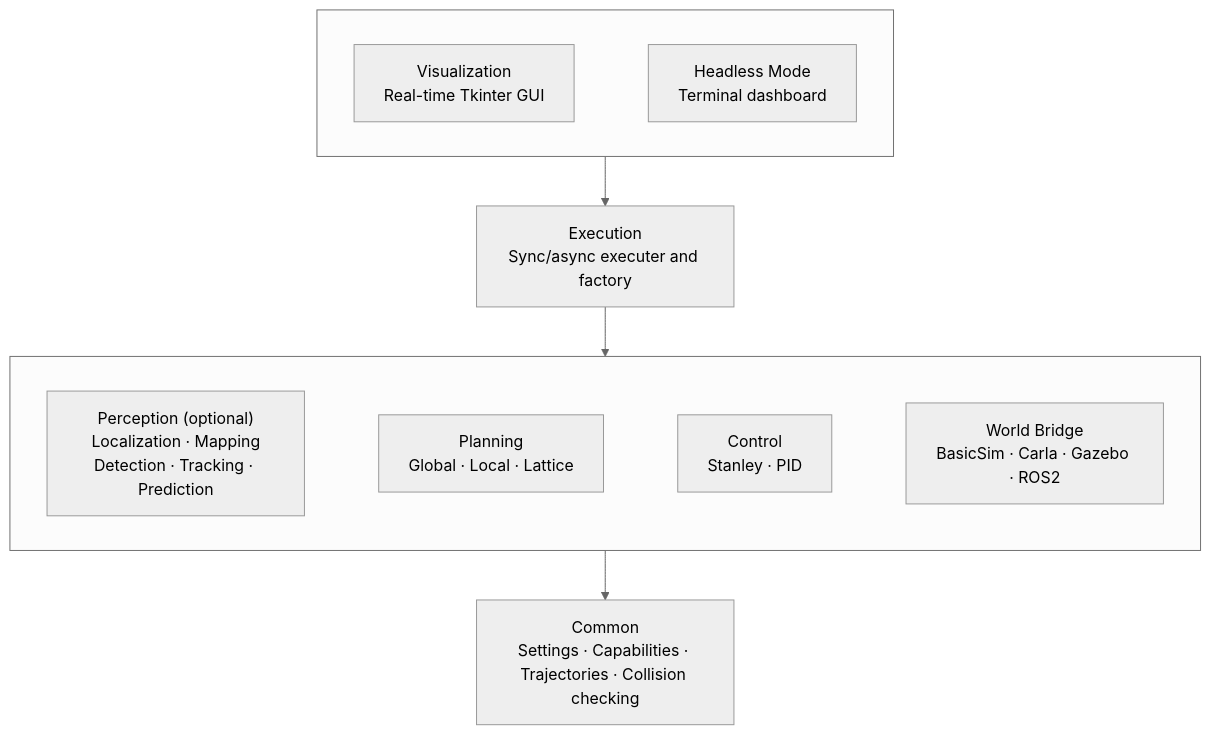
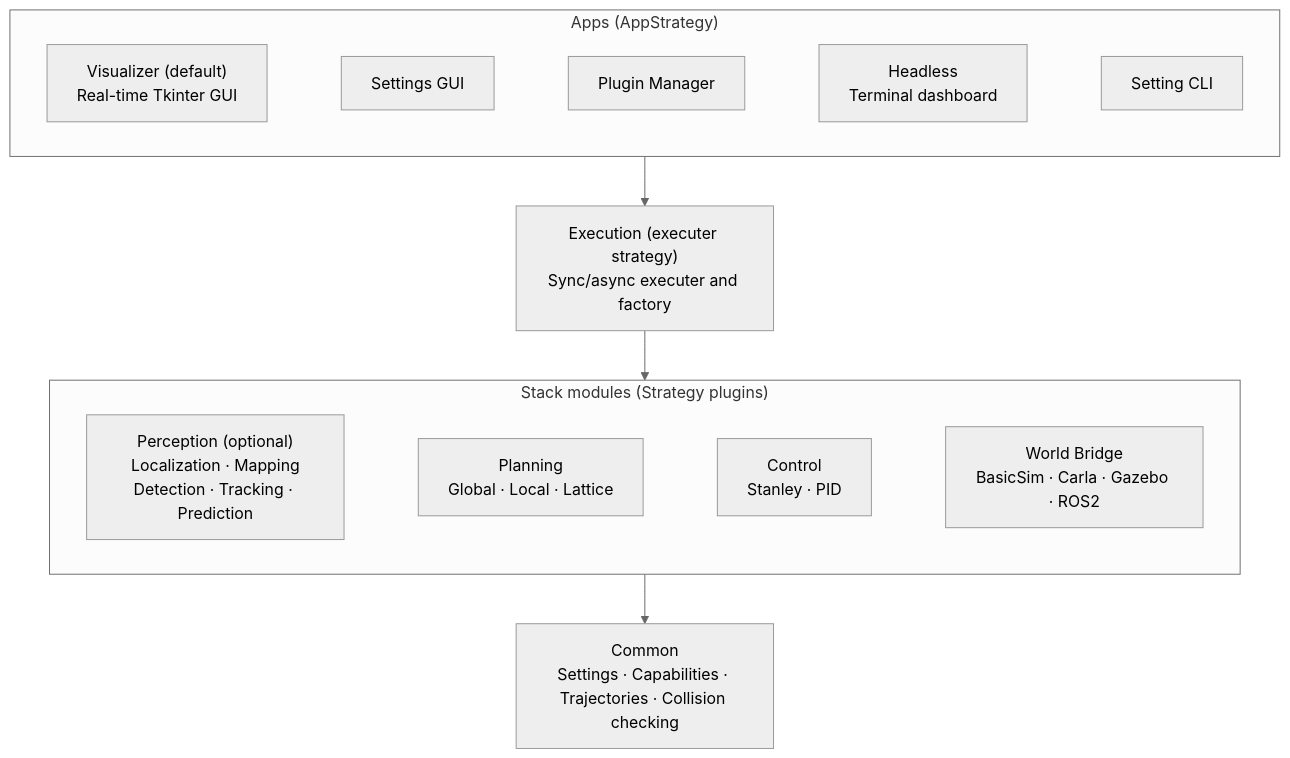
The first of 2 diagrams in docs/architecture.md (AV-Lab/avlite), drawn with Mermaid (neutral theme) before and after one commit. The commit also changed other lines of this file and 5 other files, not shown here.

First line of the commit message:
Add plugin GitHub links, share hover-speed readout, document app strategy

````diff
--- a/docs/architecture.md
+++ b/docs/architecture.md
@@ -7,26 +7,29 @@
 ```mermaid
 flowchart TB
-    subgraph ENTRY[" "]
+    subgraph ENTRY["Apps (AppStrategy)"]
         direction LR
-        VIZ["Visualization\nReal-time Tkinter GUI"]
-        HL["Headless Mode\nTerminal dashboard"]
-        VIZ ~~~ HL
+        VIZ["Visualizer (default)\nReal-time Tkinter GUI"]
+        SET["Settings GUI"]
+        PLG["Plugin Manager"]
+        HL["Headless\nTerminal dashboard"]
+        SCLI["Setting CLI"]
+        VIZ ~~~ SET ~~~ PLG ~~~ HL ~~~ SCLI
     end
 
-    EXEC["Execution\nSync/async executer and factory"]
+    EXEC["Execution (executer strategy)\nSync/async executer and factory"]
 
-    subgraph COMPONENTS[" "]
+    subgraph COMPONENTS["Stack modules (Strategy plugins)"]
         direction LR
         PERC["Perception (optional)\nLocalization · Mapping\nDetection · Tracking · Prediction"]
         PLAN["Planning\nGlobal · Local · Lattice"]
         CTRL["Control\nStanley · PID"]
         WB["World Bridge\nBasicSim · Carla · Gazebo · ROS2"]
         PERC ~~~ PLAN ~~~ CTRL ~~~ WB
     end
 
     COMMON["Common\nSettings · Capabilities · Trajectories · Collision checking"]
 
     ENTRY --> EXEC
     EXEC --> COMPONENTS
     COMPONENTS --> COMMON
 ```
````
